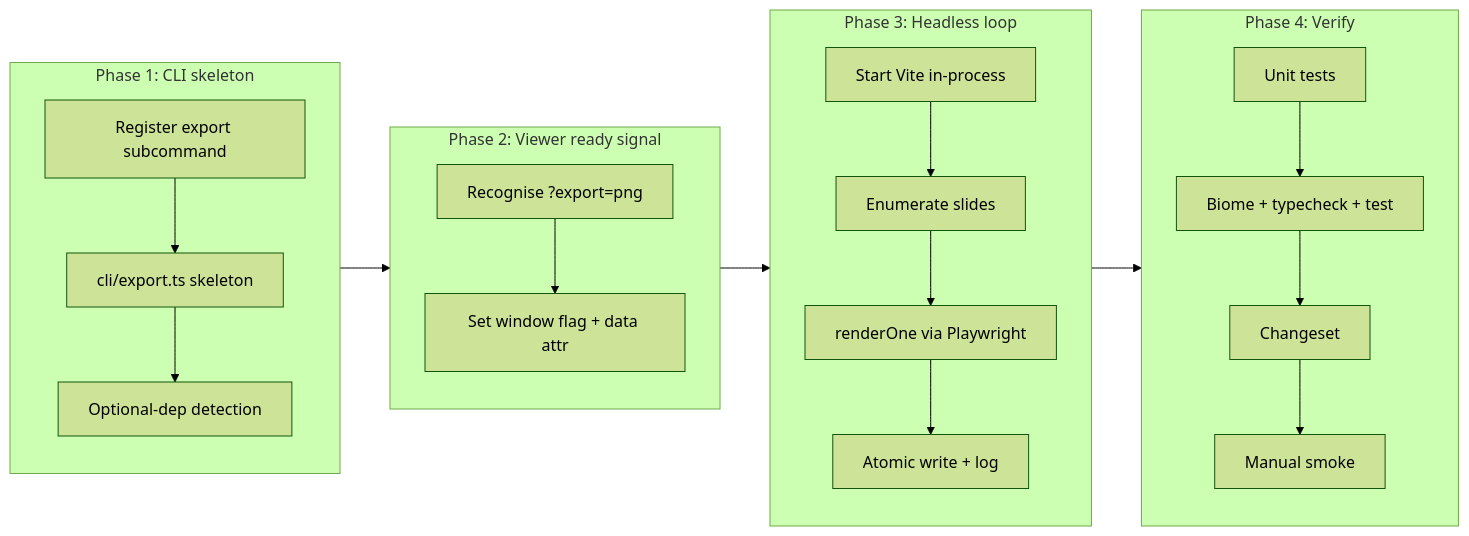
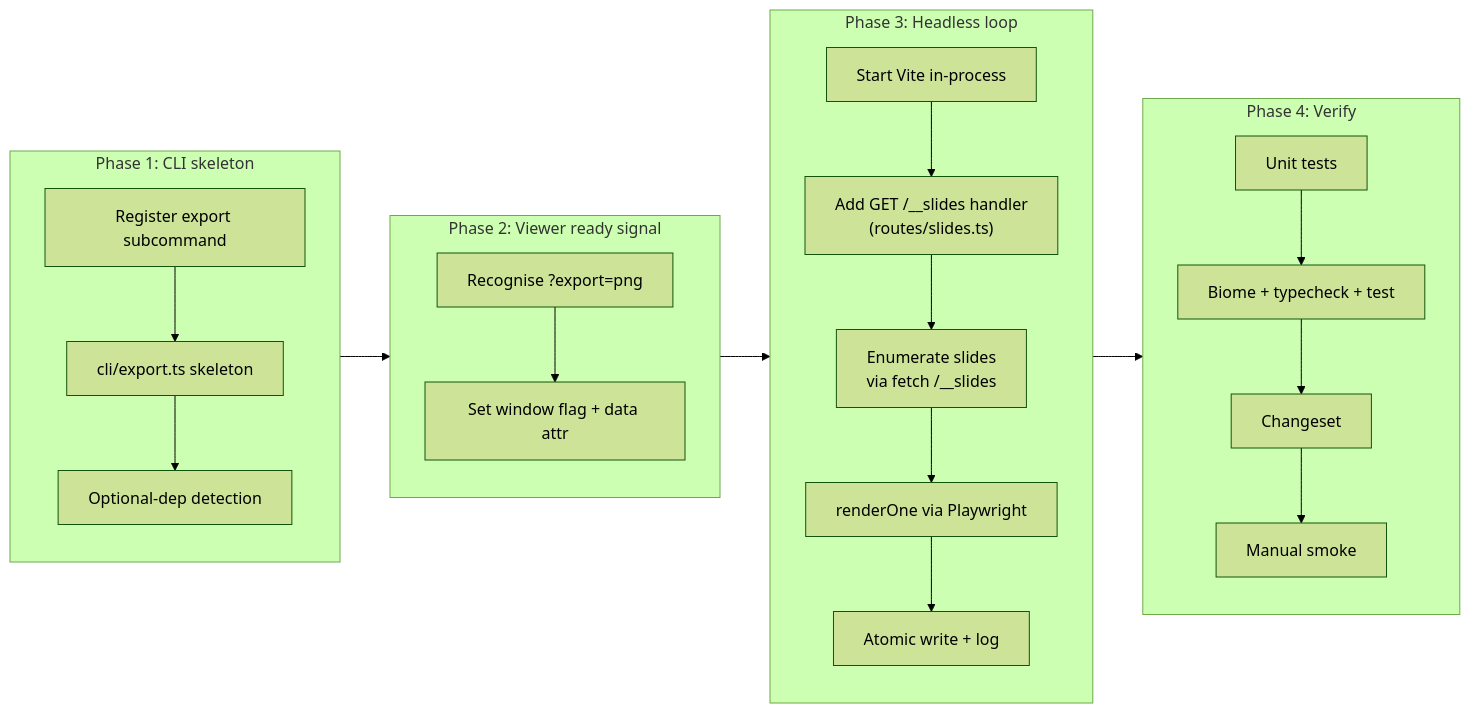
The third of 3 diagrams in docs/cr/CR-0002-cli-export-slides-as-png.md (1weiho/open-slide), drawn with Mermaid (forest theme) before and after one commit. The commit also changed other lines of this file, not shown here.

First line of the commit message:
checkpoint(CR-0002): resolve enumeration mechanism via new GET /__slides endpoint

````diff
--- a/docs/cr/CR-0002-cli-export-slides-as-png.md
+++ b/docs/cr/CR-0002-cli-export-slides-as-png.md
@@ -644,29 +641,30 @@
 ```mermaid
 flowchart LR
     subgraph P1["Phase 1: CLI skeleton"]
         A1[Register export subcommand]
         A2[cli/export.ts skeleton]
         A3[Optional-dep detection]
         A1 --> A2 --> A3
     end
     subgraph P2["Phase 2: Viewer ready signal"]
         B1[Recognise ?export=png]
         B2[Set window flag + data attr]
         B1 --> B2
     end
     subgraph P3["Phase 3: Headless loop"]
         C1[Start Vite in-process]
-        C2[Enumerate slides]
+        C1b["Add GET /__slides handler<br/>(routes/slides.ts)"]
+        C2["Enumerate slides<br/>via fetch /__slides"]
         C3[renderOne via Playwright]
         C4[Atomic write + log]
-        C1 --> C2 --> C3 --> C4
+        C1 --> C1b --> C2 --> C3 --> C4
     end
     subgraph P4["Phase 4: Verify"]
         D1[Unit tests]
         D2[Biome + typecheck + test]
         D3[Changeset]
         D4[Manual smoke]
         D1 --> D2 --> D3 --> D4
     end
     P1 --> P2 --> P3 --> P4
 ```
````
